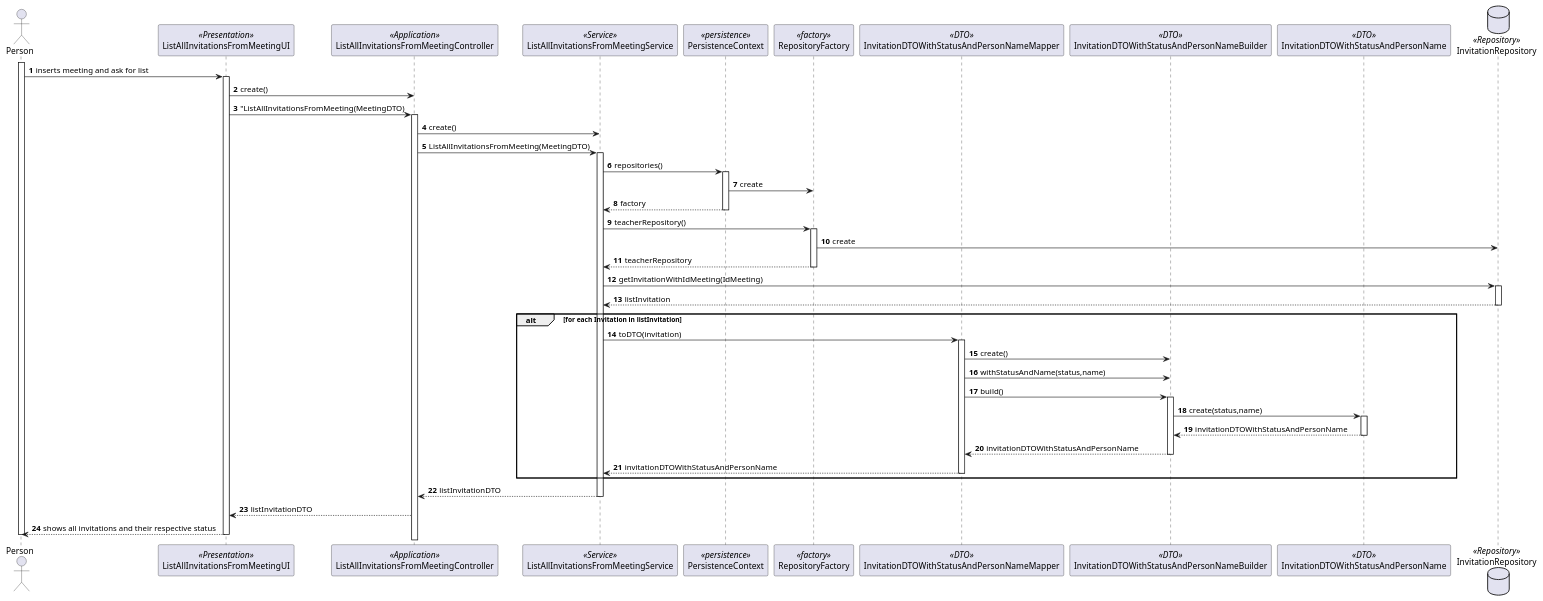
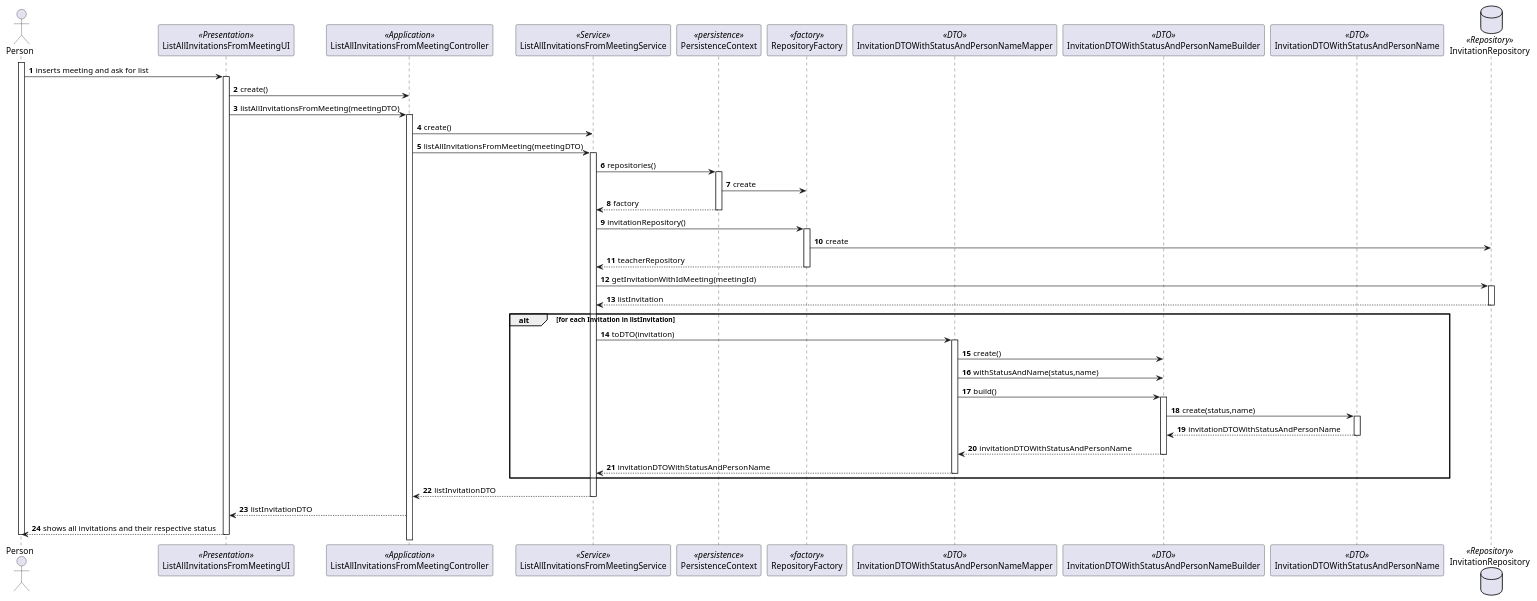
One commit to Marco-Nobrega-Andrade/sem4pi_22_23 changed the diagram in docs/Sprint_C/us_4004/SD_ListAllInvitationsFromMeeting.puml. Above: the diagram before and after it, drawn with PlantUML. The commit also changed 1 other file, not shown here.

Commit message:
[US_4004][Design] - Correction in the spelling of the method ListAllInvitationsFromMeeting

```diff
--- a/docs/Sprint_C/us_4004/SD_ListAllInvitationsFromMeeting.puml
+++ b/docs/Sprint_C/us_4004/SD_ListAllInvitationsFromMeeting.puml
@@ -1,69 +1,69 @@
 @startuml
 'https://plantuml.com/sequence-diagram
 
 autonumber
 actor Person as p
 
 participant "ListAllInvitationsFromMeetingUI" as ui <<Presentation>>
 participant "ListAllInvitationsFromMeetingController" as ctrl <<Application>>
 participant "ListAllInvitationsFromMeetingService" as service <<Service>>
 participant PersistenceContext as persistence <<persistence>>
 participant RepositoryFactory as repFactory <<factory>>
 
 participant InvitationDTOWithStatusAndPersonNameMapper as ma <<DTO>>
 participant InvitationDTOWithStatusAndPersonNameBuilder as builder <<DTO>>
 participant InvitationDTOWithStatusAndPersonName as dto <<DTO>>
 
 
 database "InvitationRepository" as invRep <<Repository>>
 
 
 activate p
 p -> ui: inserts meeting and ask for list
 activate ui
 ui -> ctrl: create()
-ui -> ctrl: "ListAllInvitationsFromMeeting(MeetingDTO)
+ui -> ctrl: listAllInvitationsFromMeeting(meetingDTO)
 activate ctrl
 ctrl ->service: create()
-ctrl ->  service: ListAllInvitationsFromMeeting(MeetingDTO)
+ctrl ->  service: listAllInvitationsFromMeeting(meetingDTO)
 activate service
 
 service -> persistence: repositories()
 activate persistence
 persistence -> repFactory: create
 persistence --> service: factory
 deactivate persistence
-service -> repFactory: teacherRepository()
+service -> repFactory: invitationRepository()
 activate repFactory
 repFactory -> invRep: create
 repFactory --> service: teacherRepository
 deactivate repFactory
 
-service -> invRep: getInvitationWithIdMeeting(IdMeeting)
+service -> invRep: getInvitationWithIdMeeting(meetingId)
 activate invRep
 invRep --> service: listInvitation
 deactivate invRep
 
 alt for each Invitation in listInvitation
 service -> ma: toDTO(invitation)
 activate ma
 ma -> builder: create()
 ma -> builder: withStatusAndName(status,name)
 ma -> builder: build()
 activate builder
 builder -> dto: create(status,name)
 activate dto
 dto-->builder: invitationDTOWithStatusAndPersonName
 deactivate dto
 builder --> ma : invitationDTOWithStatusAndPersonName
 deactivate builder
 ma --> service: invitationDTOWithStatusAndPersonName
 deactivate ma
 end alt
 service --> ctrl: listInvitationDTO
 deactivate service
 ctrl --> ui: listInvitationDTO
 ui --> p : shows all invitations and their respective status
 deactivate ui
 deactivate p
 @enduml
```
